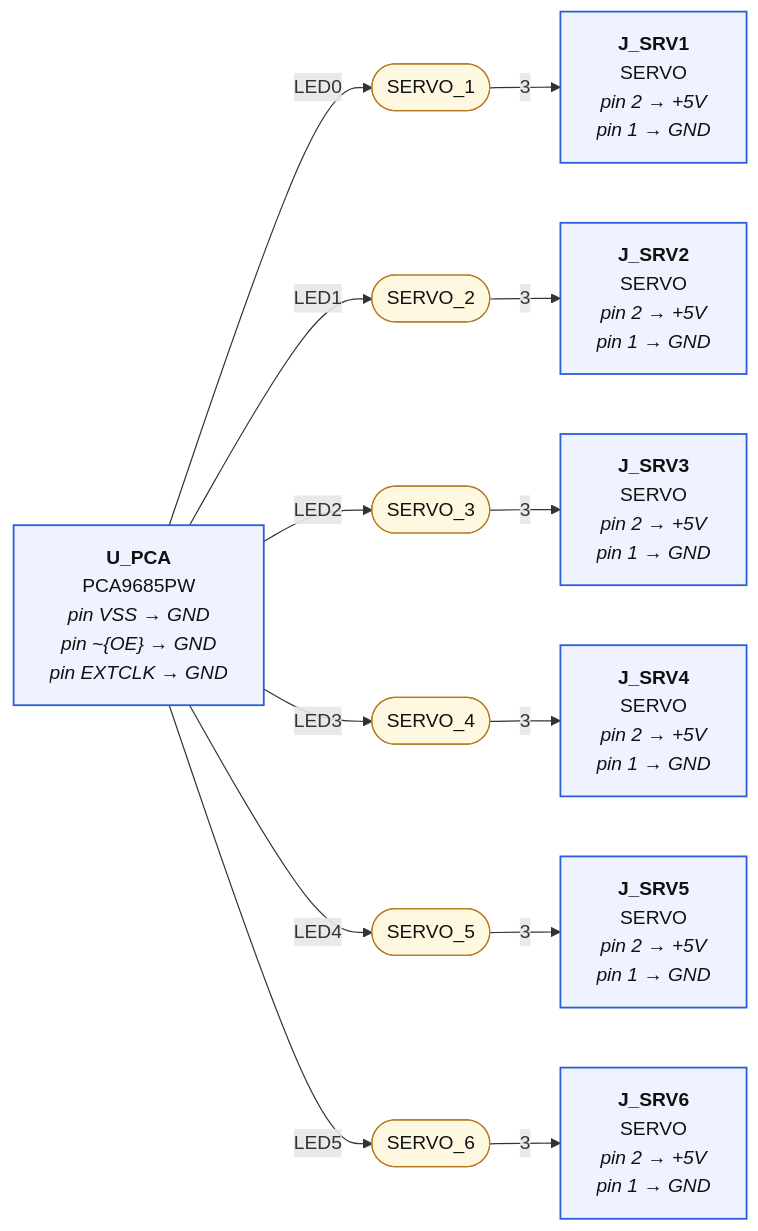
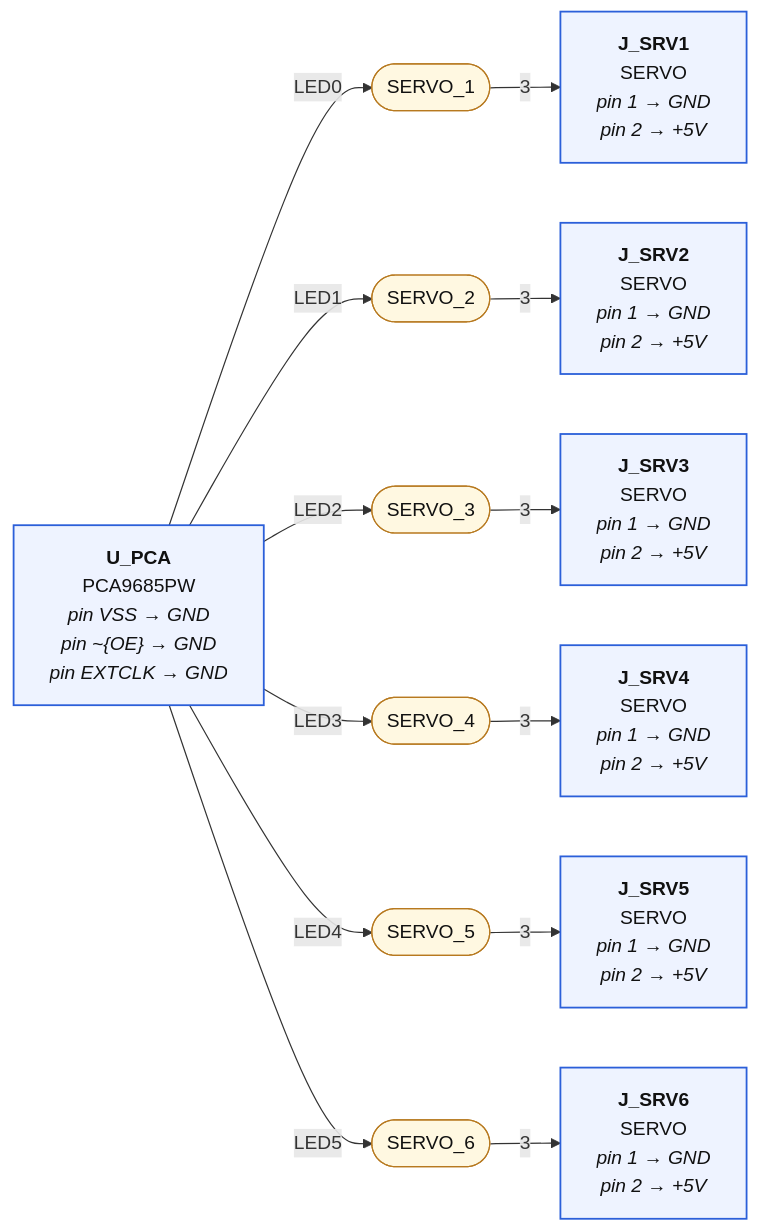
One commit to mrwillson2u/propmesh changed the fourth of 4 diagrams in hardware/pro/sheets/03-outputs.diagram.md. Above: the diagram before and after it, drawn with Mermaid. The commit also changed other lines of this file and 25 other files, not shown here.

````diff
--- a/hardware/pro/sheets/03-outputs.diagram.md
+++ b/hardware/pro/sheets/03-outputs.diagram.md
@@ -252,35 +252,35 @@
 ```mermaid
 graph LR
   classDef part fill:#eef3ff,stroke:#2b5fd9,stroke-width:1.5px,color:#111
   classDef net fill:#fff8e1,stroke:#b7791f,color:#111
   classDef rail fill:#ffe0b2,stroke:#e65100,stroke-width:3px,color:#111,font-weight:bold
   classDef badnet fill:#ffe0e0,stroke:#c00,stroke-width:3px,color:#111,font-weight:bold
   classDef absent fill:#fff,stroke:#c00,stroke-width:2px,stroke-dasharray:6 4,color:#c00
   classDef extra fill:#ffecec,stroke:#c00,stroke-width:2px,color:#111
   classDef dnp fill:#f5f5f5,stroke:#999,stroke-dasharray:3 3,color:#666
   N_SERVO_1(["SERVO_1"]):::net
   P_U_PCA["<b>U_PCA</b><br/>PCA9685PW<br/><i>pin VSS → GND</i><br/><i>pin ~{OE} → GND</i><br/><i>pin EXTCLK → GND</i>"]:::part
   P_U_PCA --"LED0"--> N_SERVO_1
-  P_J_SRV1["<b>J_SRV1</b><br/>SERVO<br/><i>pin 2 → +5V</i><br/><i>pin 1 → GND</i>"]:::part
+  P_J_SRV1["<b>J_SRV1</b><br/>SERVO<br/><i>pin 1 → GND</i><br/><i>pin 2 → +5V</i>"]:::part
   N_SERVO_1 --"3"--> P_J_SRV1
   N_SERVO_2(["SERVO_2"]):::net
   P_U_PCA --"LED1"--> N_SERVO_2
-  P_J_SRV2["<b>J_SRV2</b><br/>SERVO<br/><i>pin 2 → +5V</i><br/><i>pin 1 → GND</i>"]:::part
+  P_J_SRV2["<b>J_SRV2</b><br/>SERVO<br/><i>pin 1 → GND</i><br/><i>pin 2 → +5V</i>"]:::part
   N_SERVO_2 --"3"--> P_J_SRV2
   N_SERVO_3(["SERVO_3"]):::net
   P_U_PCA --"LED2"--> N_SERVO_3
-  P_J_SRV3["<b>J_SRV3</b><br/>SERVO<br/><i>pin 2 → +5V</i><br/><i>pin 1 → GND</i>"]:::part
+  P_J_SRV3["<b>J_SRV3</b><br/>SERVO<br/><i>pin 1 → GND</i><br/><i>pin 2 → +5V</i>"]:::part
   N_SERVO_3 --"3"--> P_J_SRV3
   N_SERVO_4(["SERVO_4"]):::net
   P_U_PCA --"LED3"--> N_SERVO_4
-  P_J_SRV4["<b>J_SRV4</b><br/>SERVO<br/><i>pin 2 → +5V</i><br/><i>pin 1 → GND</i>"]:::part
+  P_J_SRV4["<b>J_SRV4</b><br/>SERVO<br/><i>pin 1 → GND</i><br/><i>pin 2 → +5V</i>"]:::part
   N_SERVO_4 --"3"--> P_J_SRV4
   N_SERVO_5(["SERVO_5"]):::net
   P_U_PCA --"LED4"--> N_SERVO_5
-  P_J_SRV5["<b>J_SRV5</b><br/>SERVO<br/><i>pin 2 → +5V</i><br/><i>pin 1 → GND</i>"]:::part
+  P_J_SRV5["<b>J_SRV5</b><br/>SERVO<br/><i>pin 1 → GND</i><br/><i>pin 2 → +5V</i>"]:::part
   N_SERVO_5 --"3"--> P_J_SRV5
   N_SERVO_6(["SERVO_6"]):::net
   P_U_PCA --"LED5"--> N_SERVO_6
-  P_J_SRV6["<b>J_SRV6</b><br/>SERVO<br/><i>pin 2 → +5V</i><br/><i>pin 1 → GND</i>"]:::part
+  P_J_SRV6["<b>J_SRV6</b><br/>SERVO<br/><i>pin 1 → GND</i><br/><i>pin 2 → +5V</i>"]:::part
   N_SERVO_6 --"3"--> P_J_SRV6
 ```
````
